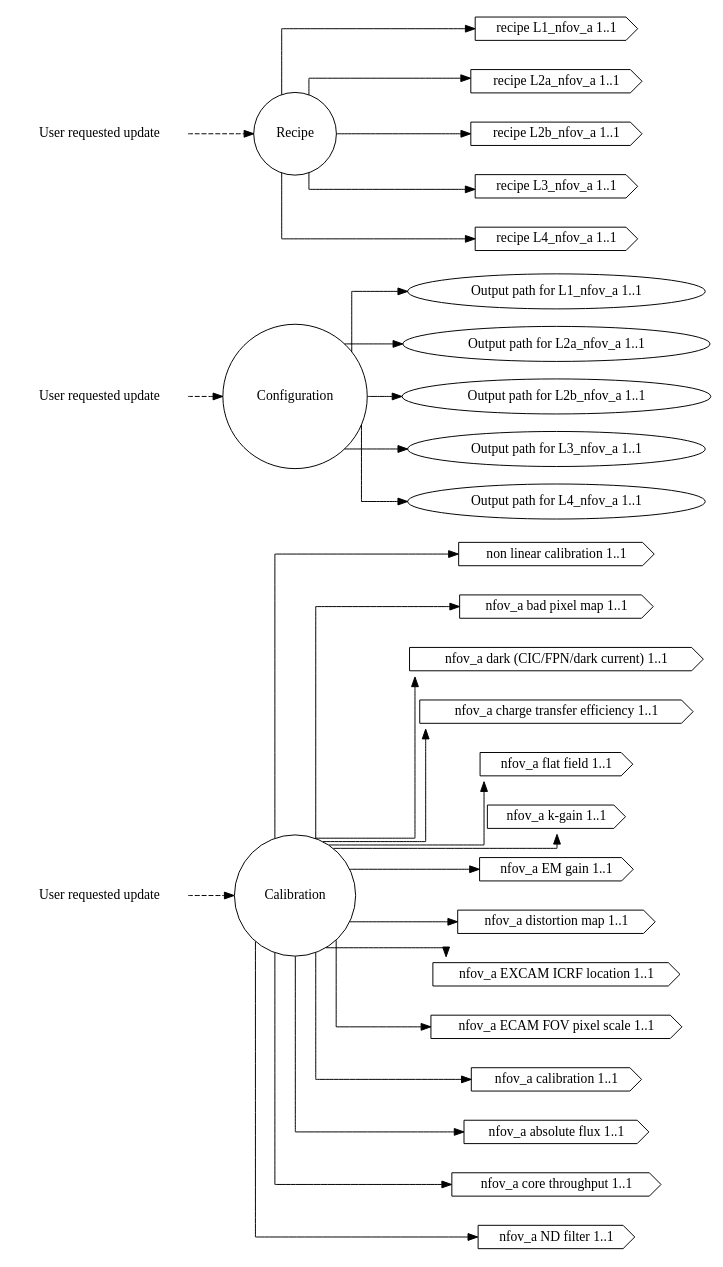
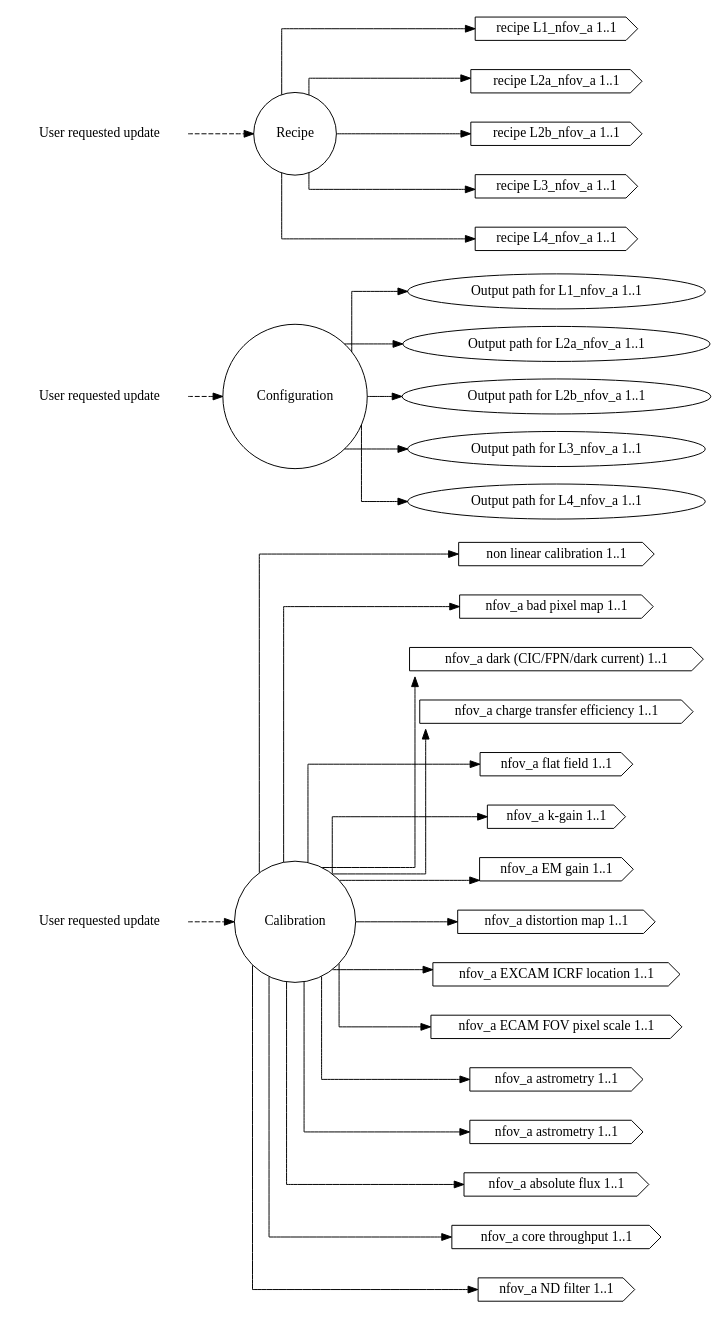
Before and after one commit to roman-corgi/ctc-dip: the diagram in dip/basis/ck_nfov_a.dot, drawn with Graphviz. The commit also changed 48 other files, not shown here.

```diff
--- a/dip/basis/ck_nfov_a.dot
+++ b/dip/basis/ck_nfov_a.dot
@@ -1,125 +1,129 @@
 /* why separate channels and how are they tied back together
 *
 * The magic happens from clerks.dot. It contains the same clerks but with dawgie
 * information tied to the nodes. Since they are all named the same among these
 * channlized files and clerks.dot, the dip.basis.transmute distills then
 * condenses them into a hidden monolithic concept if they have dawgie
 * information associated with them. That is the real magic.
 */
 digraph NFOVAClerks
 {
   graph [splines="ortho", rankdir=LR];
 
   alarm_cal [label="User requested update", shape="none"];
   alarm_cnf [label="User requested update", shape="none"];
   alarm_rec [label="User requested update", shape="none"];
   
   calib [label="Calibration", shape="circle"];
   config [label="Configuration", shape="circle"];
   recipe [label="Recipe", shape="circle"];
 
   l1_nfov_a_odir [label="Output path for L1_nfov_a 1..1", shape="ellipse",
                  valname="clerk.configuration.l1_nfov_a.outdir",
                  valtype="dip.base.Configuration"];
   l1_nfov_a_rec [label="recipe L1_nfov_a 1..1", shape="cds",
                 valname="clerk.recipe.l1_nfov_a.recipe",
                 valtype="dip.base.Recipe"];
   l1_nfov_a_nllut [label="non linear calibration 1..1", shape="cds",
                      valname="clerk.calibration.l1_nfov_a.nonlin",
                      valtype="dip.base.Calibration"];
 
   l2a_nfov_a_odir [label="Output path for L2a_nfov_a 1..1", shape="ellipse",
                  valname="clerk.configuration.l2a_nfov_a.outdir",
                  valtype="dip.base.Configuration"];
   l2a_nfov_a_rec [label="recipe L2a_nfov_a 1..1", shape="cds",
                  valname="clerk.recipe.l2a_nfov_a.recipe",
                  valtype="dip.base.Recipe"];
   l2a_nfov_a_mbpm [label="nfov_a bad pixel map 1..1", shape="cds",
                 valname="clerk.calibration.l2a_nfov_a.bad_pix_map",
                 valtype="dip.base.Calibration"];
   l2a_nfov_a_dnb  [label="nfov_a dark (CIC/FPN/dark current) 1..1", shape="cds",
                   valname="clerk.calibration.l2a_nfov_a.darks",
                   valtype="dip.base.Calibration"];
   l2a_nfov_a_cti  [label="nfov_a charge transfer efficiency 1..1", shape="cds",
                 valname="clerk.calibration.l2a_nfov_a.charge_xfer_eff",
                 valtype="dip.base.Calibration"];
   l2a_nfov_a_ff  [label="nfov_a flat field 1..1", shape="cds",
                 valname="clerk.calibration.l2a_nfov_a.flat_field",
                 valtype="dip.base.Calibration"];
   l2a_nfov_a_kgain  [label="nfov_a k-gain 1..1", shape="cds",
                 valname="clerk.calibration.l2a_nfov_a.k_gain",
                 valtype="dip.base.Calibration"];
   l2a_nfov_a_emg [label="nfov_a EM gain 1..1", shape="cds",
                 valname="clerk.calibration.l2a_nfov_a.em_gain",
                 valtype="dip.base.Calibration"];
   l2b_nfov_a_odir [label="Output path for L2b_nfov_a 1..1", shape="ellipse",
                  valname="clerk.configuration.l2b_nfov_a.outdir",
                  valtype="dip.base.Configuration"];
   l2b_nfov_a_rec [label="recipe L2b_nfov_a 1..1", shape="cds",
                  valname="clerk.recipe.l2b_nfov_a.recipe",
                  valtype="dip.base.Recipe"];
   l2b_nfov_a_distm [label="nfov_a distortion map 1..1", shape="cds",
                  valname="clerk.calibration.l2b_nfov_a.distortion_map",
                  valtype="dip.base.Calibration"];
   l2b_nfov_a_excicrf [label="nfov_a EXCAM ICRF location 1..1", shape="cds",
                  valname="clerk.calibration.l2b_nfov_a.excam_icrf_location",
                  valtype="dip.base.Calibration"];
   l2b_nfov_a_excfovps [label="nfov_a ECAM FOV pixel scale 1..1", shape="cds",
                  valname="clerk.calibration.l2b_nfov_a.excam_fov_pixel_scale",
                  valtype="dip.base.Calibration"];
 
   l3_nfov_a_odir [label="Output path for L3_nfov_a 1..1", shape="ellipse",
                  valname="clerk.configuration.l3_nfov_a.outdir",
                  valtype="dip.base.Configuration"];
   l3_nfov_a_rec [label="recipe L3_nfov_a 1..1", shape="cds",
                  valname="clerk.recipe.l3_nfov_a.recipe",
                  valtype="dip.base.Recipe"];
-  l3_nfov_a_cal [label="nfov_a calibration 1..1", shape="cds",
-                 valname="clerk.calibration.l3_nfov_a.calibration",
+  l3_nfov_a_ast [label="nfov_a astrometry 1..1", shape="cds",
+                 valname="clerk.calibration.l3_nfov_a.astrometry",
+                 valtype="dip.base.Calibration"];
+  l3_nfov_a_ndf [label="nfov_a astrometry 1..1", shape="cds",
+                 valname="clerk.calibration.l3_nfov_a.ndfilter",
                  valtype="dip.base.Calibration"];
 
   l4_nfov_a_odir [label="Output path for L4_nfov_a 1..1", shape="ellipse",
                  valname="clerk.configuration.l4_nfov_a.outdir",
                  valtype="dip.base.Configuration"];
   l4_nfov_a_rec [label="recipe L4_nfov_a 1..1", shape="cds",
                  valname="clerk.recipe.l4_nfov_a.recipe",
                  valtype="dip.base.Recipe"];
   l4_nfov_a_afcal [label="nfov_a absolute flux 1..1", shape="cds",
                  valname="clerk.calibration.l4_nfov_a.absolute_flux",
                  valtype="dip.base.Calibration"];
   l4_nfov_a_ctcal [label="nfov_a core throughput 1..1", shape="cds",
                  valname="clerk.calibration.l4_nfov_a.core_thruput",
                  valtype="dip.base.Calibration"];
   l4_nfov_a_ndfilt [label="nfov_a ND filter 1..1", shape="cds",
                  valname="clerk.calibration.l4_nfov_a.nd_filter",
                  valtype="dip.base.Calibration"];
 
   alarm_cal -> calib [style="dashed"];
   alarm_cnf -> config [style="dashed"];
   alarm_rec -> recipe [style="dashed"];
 
   calib -> l1_nfov_a_nllut;
   calib -> l2a_nfov_a_mbpm;
   calib -> l2a_nfov_a_dnb;
   calib -> l2a_nfov_a_cti;
   calib -> l2a_nfov_a_ff;
   calib -> l2a_nfov_a_kgain;
   calib -> l2a_nfov_a_emg;
   calib -> l2b_nfov_a_distm;
   calib -> l2b_nfov_a_excicrf;
   calib -> l2b_nfov_a_excfovps;
-  calib -> l3_nfov_a_cal;
+  calib -> l3_nfov_a_ast;
+  calib -> l3_nfov_a_ndf;
   calib -> l4_nfov_a_afcal;
   calib -> l4_nfov_a_ctcal;
   calib -> l4_nfov_a_ndfilt;
   config -> l1_nfov_a_odir;
   config -> l2a_nfov_a_odir;
   config -> l2b_nfov_a_odir;
   config -> l3_nfov_a_odir;
   config -> l4_nfov_a_odir;
   recipe -> l1_nfov_a_rec;
   recipe -> l2a_nfov_a_rec;
   recipe -> l2b_nfov_a_rec;
   recipe -> l3_nfov_a_rec;
   recipe -> l4_nfov_a_rec;
 }
```
